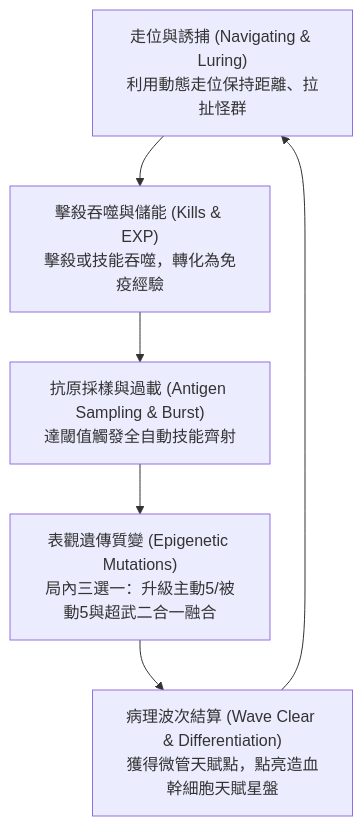
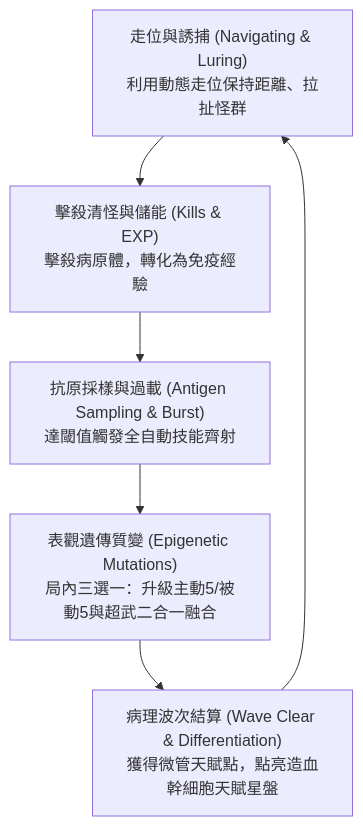
Before and after one commit to skyrocket-qy/Phagocyte: the first of 2 diagrams in docs/spec.md, drawn with Mermaid. The commit also changed other lines of this file and 83 other files, not shown here.

````diff
--- a/docs/spec.md
+++ b/docs/spec.md
@@ -24,8 +24,8 @@
 ```mermaid
 graph TD
-    A["走位與誘捕 (Navigating & Luring)<br>利用動態走位保持距離、拉扯怪群"] --> B["擊殺吞噬與儲能 (Kills & EXP)<br>擊殺或技能吞噬，轉化為免疫經驗"]
+    A["走位與誘捕 (Navigating & Luring)<br>利用動態走位保持距離、拉扯怪群"] --> B["擊殺清怪與儲能 (Kills & EXP)<br>擊殺病原體，轉化為免疫經驗"]
     B --> C["抗原採樣與過載 (Antigen Sampling & Burst)<br>達閾值觸發全自動技能齊射"]
     C --> D["表觀遺傳質變 (Epigenetic Mutations)<br>局內三選一：升級主動5/被動5與超武二合一融合"]
     D --> E["病理波次結算 (Wave Clear & Differentiation)<br>獲得微管天賦點，點亮造血幹細胞天賦星盤"]
     E --> A
 ```
````
